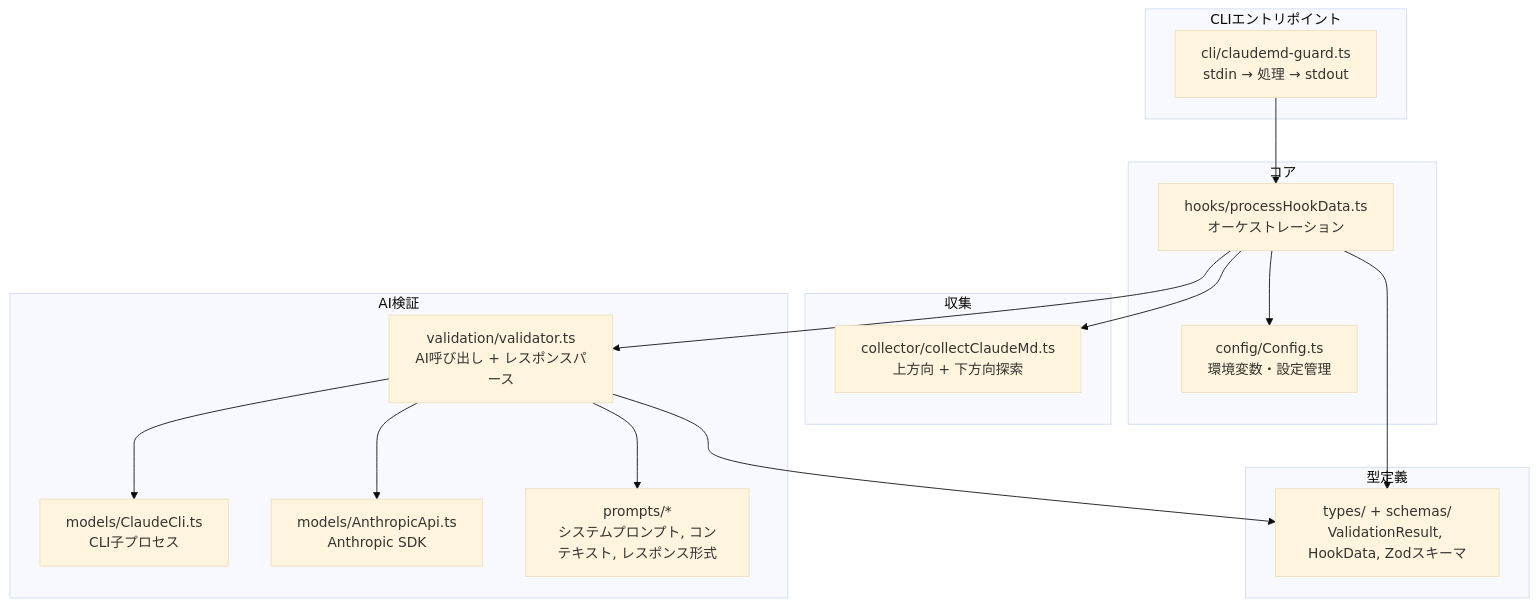
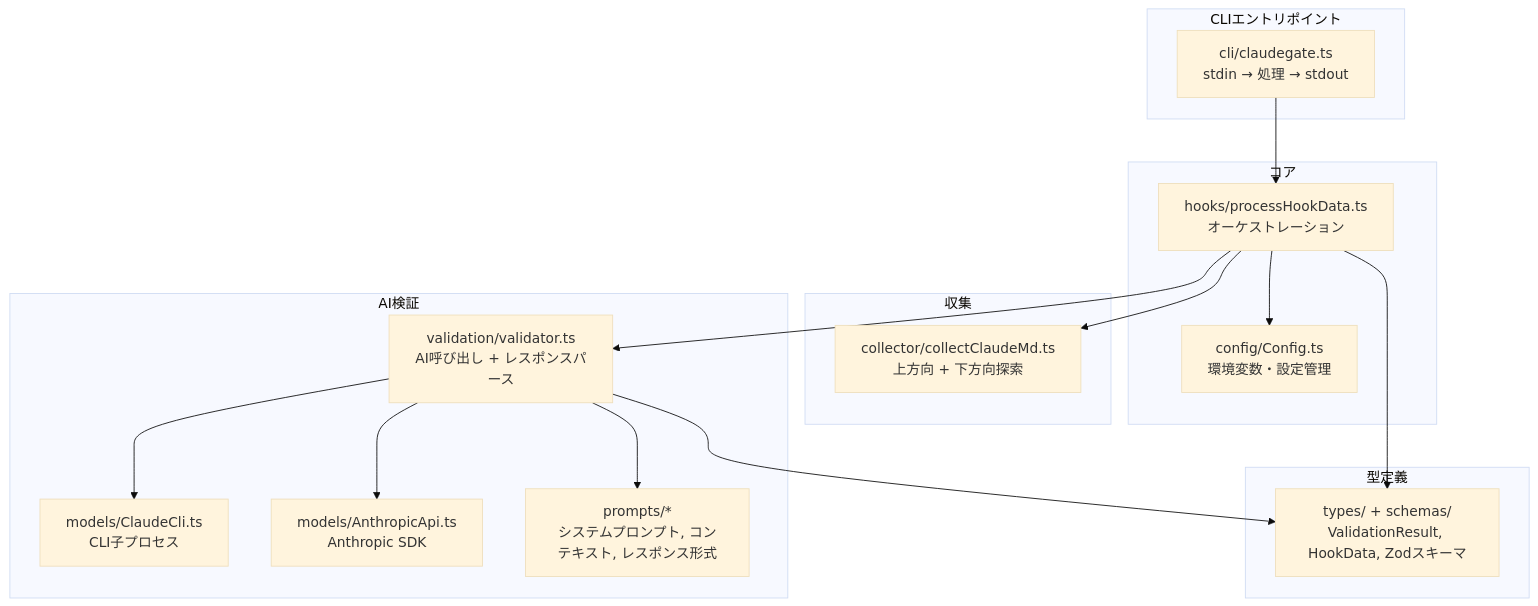
One commit to Hiro-Chiba/claudemd-guard changed the second of 5 diagrams in docs/architecture_jp.md. Above: the diagram before and after it, drawn with Mermaid (base theme). The commit also changed other lines of this file and 19 other files, not shown here.

First line of the commit message:
chore: rename project from claudemd-guard to claudegate (#22)

````diff
--- a/docs/architecture_jp.md
+++ b/docs/architecture_jp.md
@@ -38,36 +38,36 @@
 ```mermaid
 graph TD
     subgraph CLI ["CLIエントリポイント"]
-        A[cli/claudemd-guard.ts<br/>stdin → 処理 → stdout]
+        A[cli/claudegate.ts<br/>stdin → 処理 → stdout]
     end
 
     subgraph Core ["コア"]
         B[hooks/processHookData.ts<br/>オーケストレーション]
         C[config/Config.ts<br/>環境変数・設定管理]
     end
 
     subgraph Collector ["収集"]
         D[collector/collectClaudeMd.ts<br/>上方向 + 下方向探索]
     end
 
     subgraph Validation ["AI検証"]
         E[validation/validator.ts<br/>AI呼び出し + レスポンスパース]
         F[models/ClaudeCli.ts<br/>CLI子プロセス]
         G[models/AnthropicApi.ts<br/>Anthropic SDK]
         H[prompts/*<br/>システムプロンプト, コンテキスト, レスポンス形式]
     end
 
     subgraph Contracts ["型定義"]
         I[types/ + schemas/<br/>ValidationResult, HookData, Zodスキーマ]
     end
 
     A --> B
     B --> C
     B --> D
     B --> E
     E --> F
     E --> G
     E --> H
     B --> I
     E --> I
 ```
````
